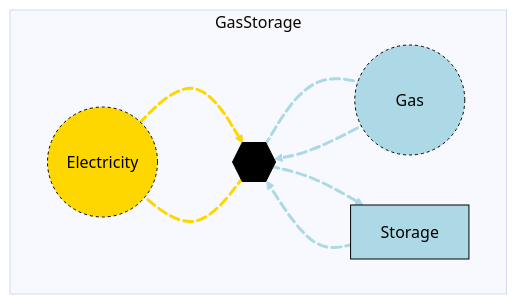
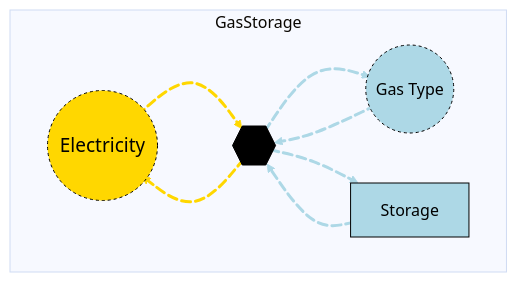
One commit to openmod-tracker/MacroEnergy.jl changed the diagram in docs/src/Manual/assets/gasstorage.md. Above: the diagram before and after it, drawn with Mermaid. The commit also changed 12 other files, not shown here.

Commit message:
Fix Mermaid diagram rendering issues in asset library

````diff
--- a/docs/src/Manual/assets/gasstorage.md
+++ b/docs/src/Manual/assets/gasstorage.md
@@ -26,24 +26,24 @@
 ```mermaid
 %%{init: {'theme': 'base', 'themeVariables': { 'background': '#D1EBDE' }}}%%
 flowchart LR
   subgraph GasStorage
   direction LR
     A((Electricity)) e1@--> C{{..}} e2@--> A((Electricity))
-    B((Gas)) e3@--> C{{..}} e4@--> B((Gas))
+    B((Gas Type)) e3@--> C{{..}} e4@--> B((Gas Type))
     C e5@--> D[Storage] e6@--> C
     e1@{ animate: true }
     e2@{ animate: true }
     e3@{ animate: true }
     e4@{ animate: true }
     e5@{ animate: true }
     e6@{ animate: true }
  end
-    style A r:55px,fill:#FFD700,stroke:black,color:black, stroke-dasharray: 3,5;
-    style B r:55px,fill:lightblue,stroke:black,color:black, stroke-dasharray: 3,5;
+    style A font-size:19px,r:55px,fill:#FFD700,stroke:black,color:black, stroke-dasharray: 3,5;
+    style B r:44px,fill:lightblue,stroke:black,color:black, stroke-dasharray: 3,5;
     style C fill:black,stroke:black,color:black;
     style D fill:lightblue,stroke:black,color:black;
 
     linkStyle 0,1 stroke:#FFD700, stroke-width: 3px;
     linkStyle 2,3 stroke:lightblue, stroke-width: 3px;
     linkStyle 4,5 stroke:lightblue, stroke-width: 3px;
 ```
````
